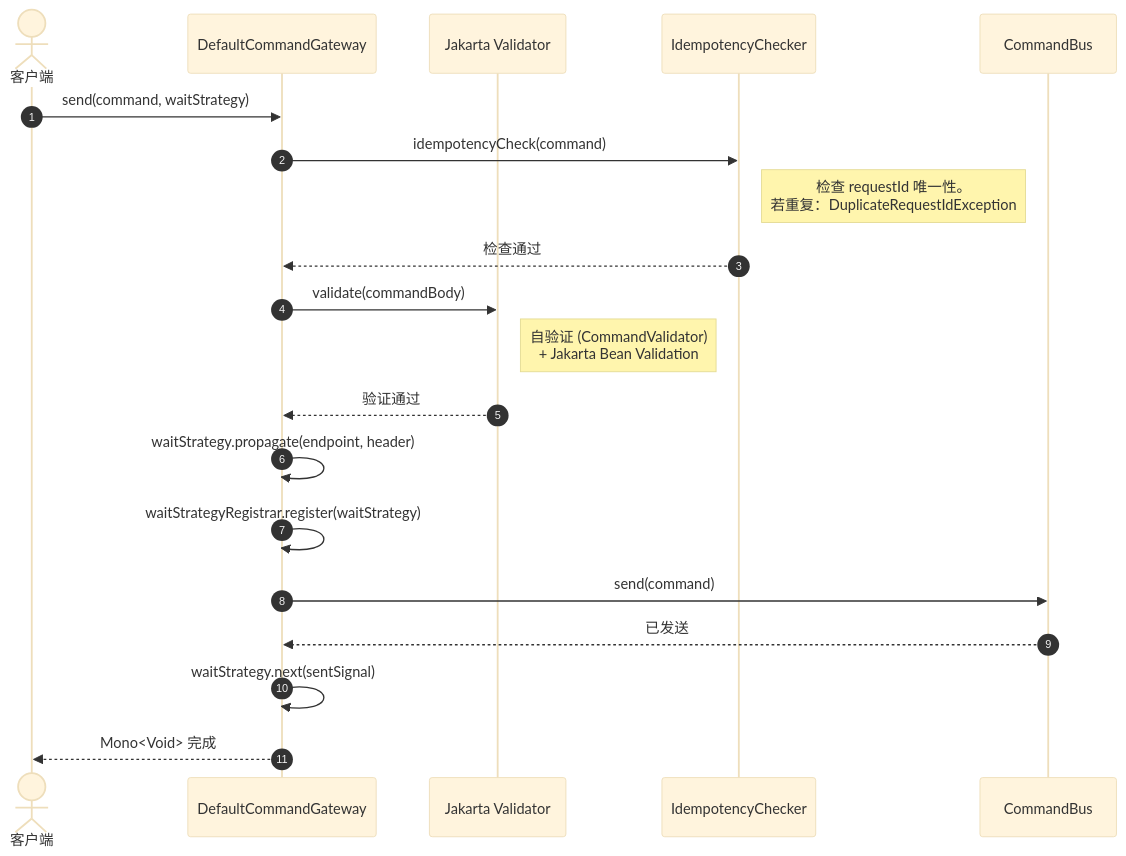
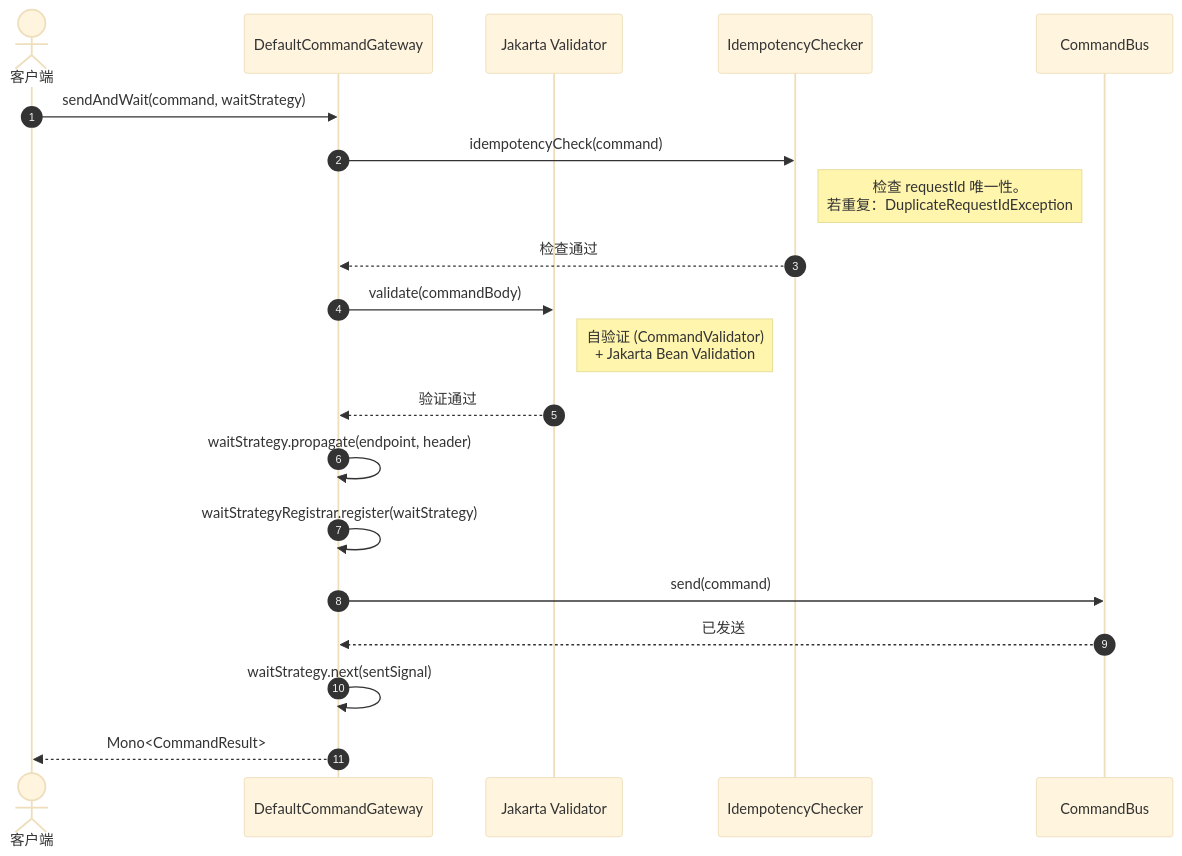
One commit to Ahoo-Wang/Wow changed the second of 10 diagrams in documentation/docs/zh/guide/advanced/data-flow.md. Above: the diagram before and after it, drawn with Mermaid (base theme). The commit also changed 17 other files, not shown here.

First line of the commit message:
refactor(core): hide wait-strategy send API

````diff
--- a/documentation/docs/zh/guide/advanced/data-flow.md
+++ b/documentation/docs/zh/guide/advanced/data-flow.md
@@ -40,25 +40,25 @@
 ```mermaid
 sequenceDiagram
     autonumber
     actor Client as 客户端
     participant CG as DefaultCommandGateway
     participant Validator as Jakarta Validator
     participant Idempotency as IdempotencyChecker
     participant CB as CommandBus
 
-    Client->>CG: send(command, waitStrategy)
+    Client->>CG: sendAndWait(command, waitStrategy)
     CG->>Idempotency: idempotencyCheck(command)
     Note right of Idempotency: 检查 requestId 唯一性。<br>若重复：DuplicateRequestIdException
     Idempotency-->>CG: 检查通过
     CG->>Validator: validate(commandBody)
     Note right of Validator: 自验证 (CommandValidator)<br>+ Jakarta Bean Validation
     Validator-->>CG: 验证通过
     CG->>CG: waitStrategy.propagate(endpoint, header)
     CG->>CG: waitStrategyRegistrar.register(waitStrategy)
     CG->>CB: send(command)
     CB-->>CG: 已发送
     CG->>CG: waitStrategy.next(sentSignal)
-    CG-->>Client: Mono<Void> 完成
+    CG-->>Client: Mono<CommandResult>
 
 
 ```
````
